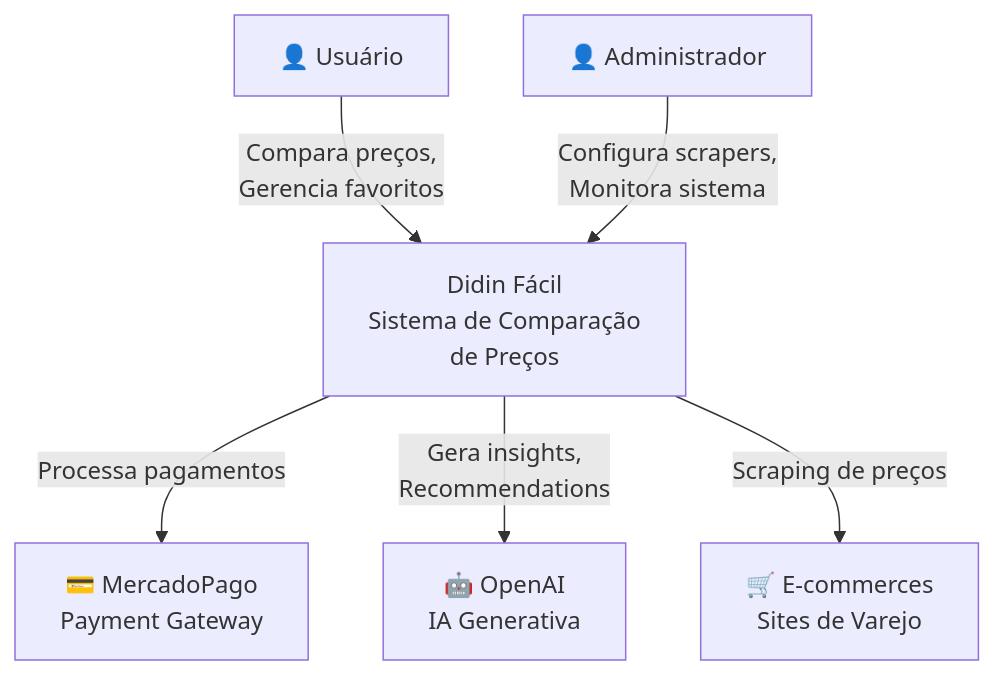
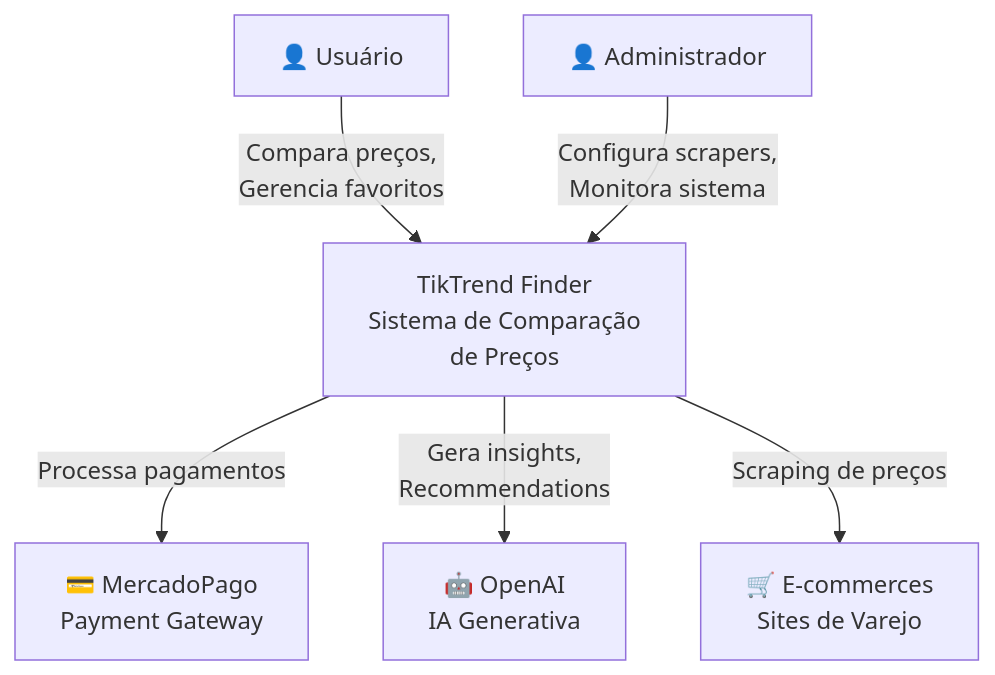
Before and after one commit to arkheioncorp/didin-facil: the first of 2 diagrams in .github/agents/architect.agent.md, drawn with Mermaid. The commit also changed other lines of this file and 234 other files, not shown here.

First line of the commit message:
refactor: rename Didin Fácil to TikTrend Finder across entire codebase

````diff
--- a/.github/agents/architect.agent.md
+++ b/.github/agents/architect.agent.md
@@ -761,18 +761,18 @@
 ```mermaid
 graph TB
     User[👤 Usuário]
     Admin[👤 Administrador]
     
-    System[Didin Fácil<br/>Sistema de Comparação<br/>de Preços]
+    System[TikTrend Finder<br/>Sistema de Comparação<br/>de Preços]
     
     MercadoPago[💳 MercadoPago<br/>Payment Gateway]
     OpenAI[🤖 OpenAI<br/>IA Generativa]
     Mercados[🛒 E-commerces<br/>Sites de Varejo]
     
     User -->|Compara preços,<br/>Gerencia favoritos| System
     Admin -->|Configura scrapers,<br/>Monitora sistema| System
     
     System -->|Processa pagamentos| MercadoPago
     System -->|Gera insights,<br/>Recommendations| OpenAI
     System -->|Scraping de preços| Mercados
 ```
````
